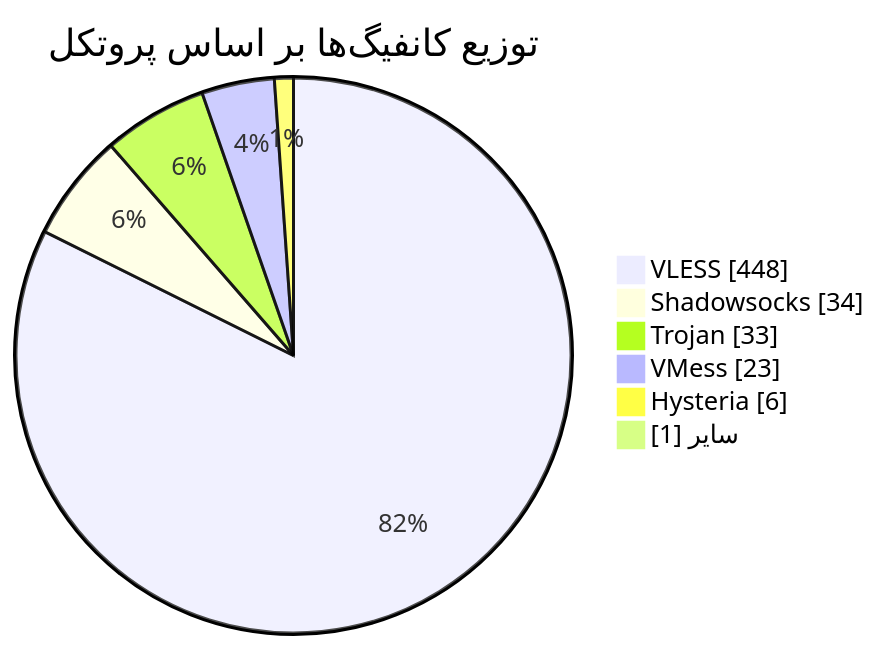
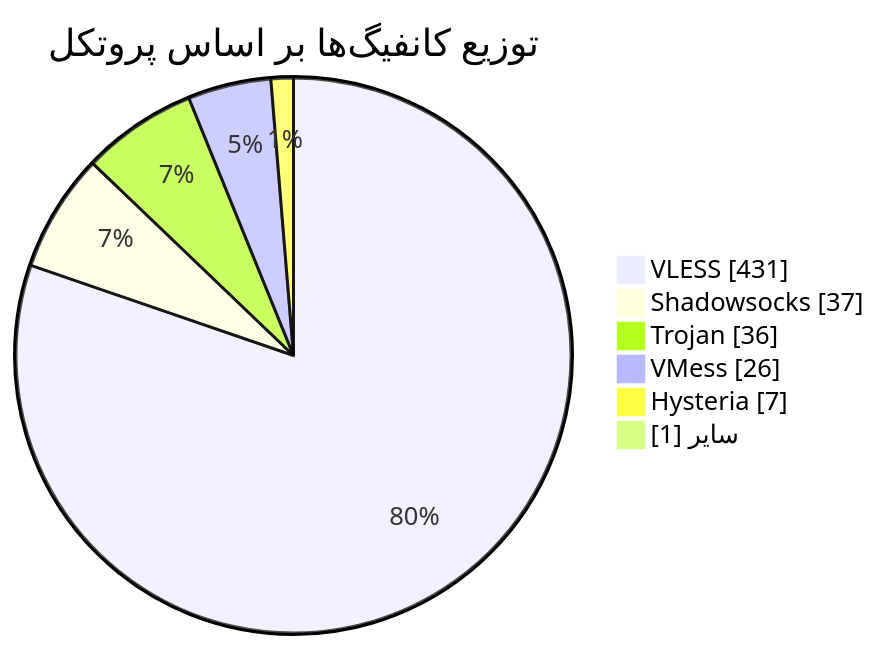
The diagram in README.md (Arian-Alijani/Somthing), drawn with Mermaid before and after one commit. The commit also changed other lines of this file and 71 other files, not shown here.

````diff
--- a/README.md
+++ b/README.md
@@ -48,10 +48,10 @@
 ```mermaid
 pie showData
     title توزیع کانفیگ‌ها بر اساس پروتکل
-    "VLESS" : 448
-    "Shadowsocks" : 34
-    "Trojan" : 33
-    "VMess" : 23
-    "Hysteria" : 6
+    "VLESS" : 431
+    "Shadowsocks" : 37
+    "Trojan" : 36
+    "VMess" : 26
+    "Hysteria" : 7
     "سایر" : 1
 ```
````
